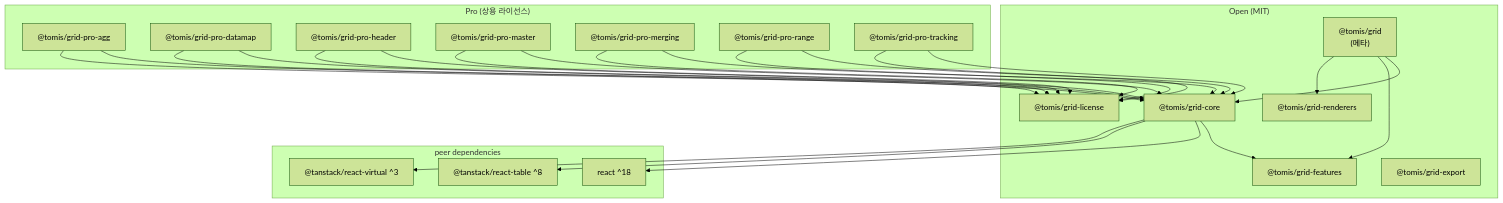
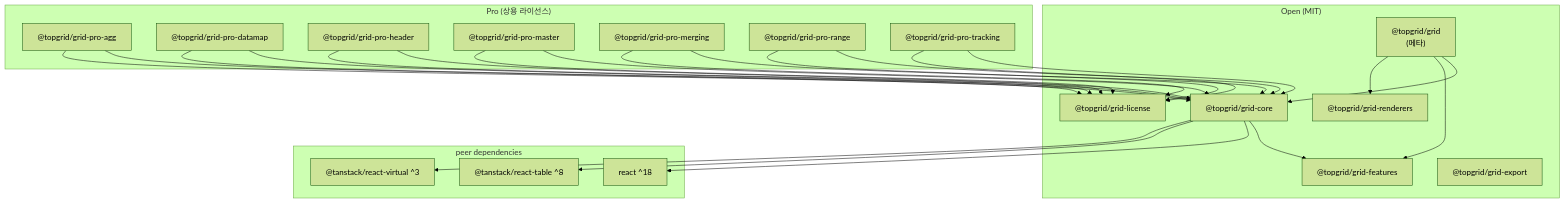
Before and after one commit to alladins/topgrid: the diagram in apps/docs/docs/architecture.mdx, drawn with Mermaid (forest theme). The commit also changed other lines of this file and 188 other files, not shown here.

First line of the commit message:
chore(scope-rename): @tomis/* → @topgrid/* + GitHub repo 연결 + 4 MIT publish metadata

````diff
--- a/apps/docs/docs/architecture.mdx
+++ b/apps/docs/docs/architecture.mdx
@@ -26,49 +26,49 @@
 ```mermaid
 graph TD
   subgraph Open["Open (MIT)"]
-    grid["@tomis/grid<br/>(메타)"]
-    grid-core["@tomis/grid-core"]
-    grid-features["@tomis/grid-features"]
-    grid-export["@tomis/grid-export"]
-    grid-renderers["@tomis/grid-renderers"]
-    grid-license["@tomis/grid-license"]
+    grid["@topgrid/grid<br/>(메타)"]
+    grid-core["@topgrid/grid-core"]
+    grid-features["@topgrid/grid-features"]
+    grid-export["@topgrid/grid-export"]
+    grid-renderers["@topgrid/grid-renderers"]
+    grid-license["@topgrid/grid-license"]
   end
 
   subgraph Pro["Pro (상용 라이선스)"]
-    pro-agg["@tomis/grid-pro-agg"]
-    pro-datamap["@tomis/grid-pro-datamap"]
-    pro-header["@tomis/grid-pro-header"]
-    pro-master["@tomis/grid-pro-master"]
-    pro-merging["@tomis/grid-pro-merging"]
-    pro-range["@tomis/grid-pro-range"]
-    pro-tracking["@tomis/grid-pro-tracking"]
+    pro-agg["@topgrid/grid-pro-agg"]
+    pro-datamap["@topgrid/grid-pro-datamap"]
+    pro-header["@topgrid/grid-pro-header"]
+    pro-master["@topgrid/grid-pro-master"]
+    pro-merging["@topgrid/grid-pro-merging"]
+    pro-range["@topgrid/grid-pro-range"]
+    pro-tracking["@topgrid/grid-pro-tracking"]
   end
 
   subgraph Peers["peer dependencies"]
     react["react ^18"]
     tanstack["@tanstack/react-table ^8"]
     virtual["@tanstack/react-virtual ^3"]
   end
 
   grid --> grid-core
   grid --> grid-features
   grid --> grid-renderers
   grid-core --> grid-features
   pro-agg --> grid-core
   pro-datamap --> grid-core
   pro-header --> grid-core
   pro-master --> grid-core
   pro-merging --> grid-core
   pro-range --> grid-core
   pro-tracking --> grid-core
   pro-agg --> grid-license
   pro-datamap --> grid-license
   pro-header --> grid-license
   pro-master --> grid-license
   pro-merging --> grid-license
   pro-range --> grid-license
   pro-tracking --> grid-license
   grid-core --> react
   grid-core --> tanstack
   grid-core --> virtual
 ```
````
